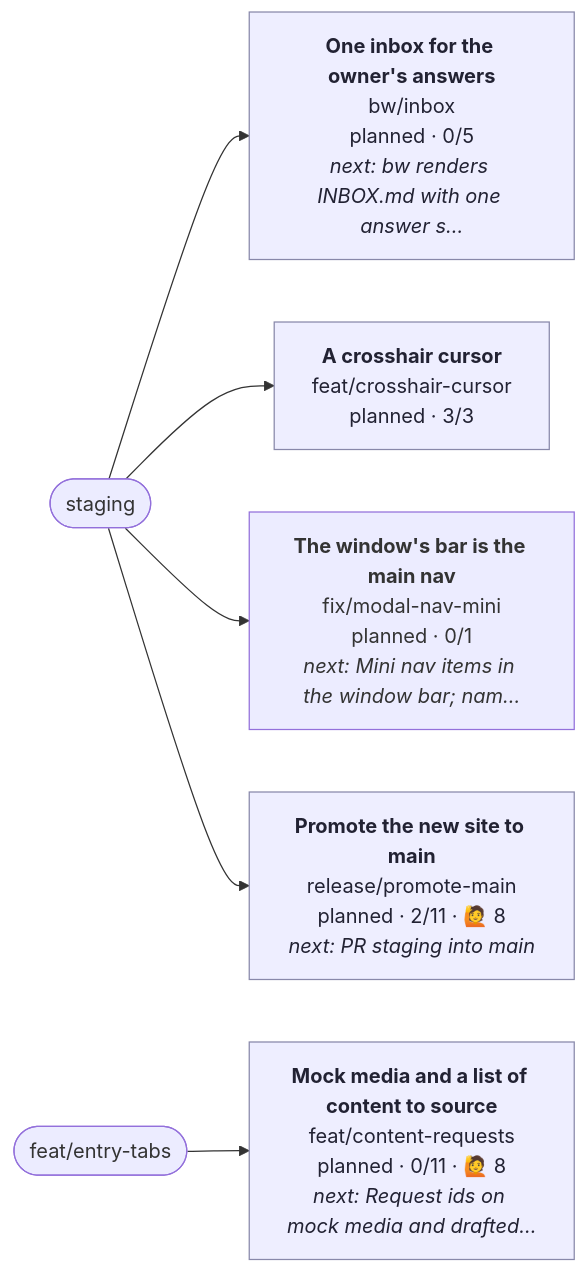
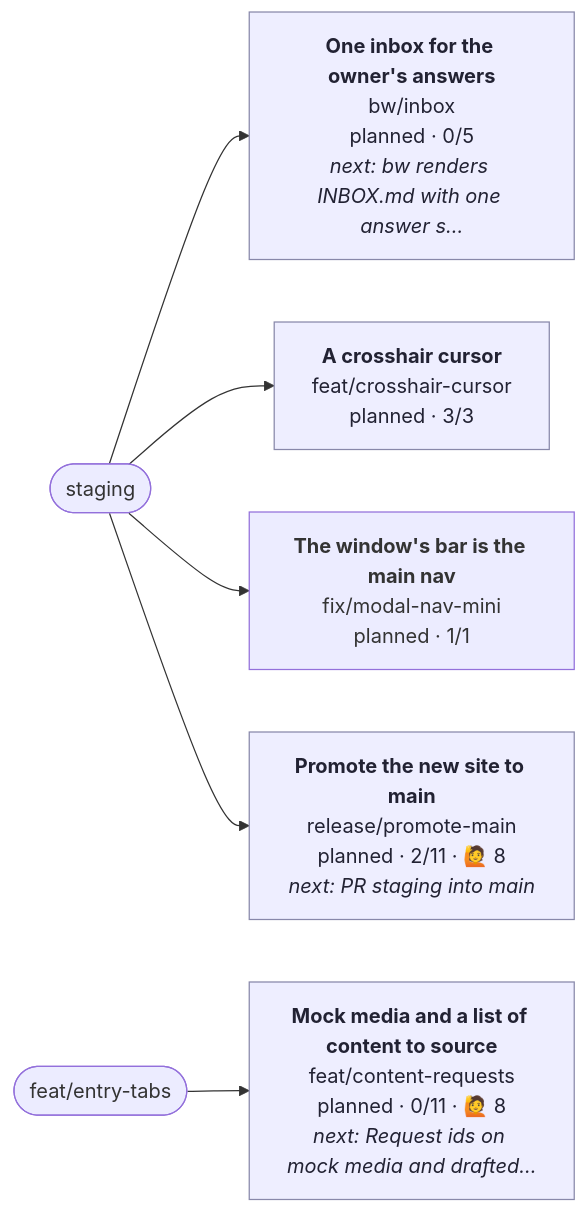
One commit to henryjonescodes/portfolio changed the diagram in CONTRIBUTING.md. Above: the diagram before and after it, drawn with Mermaid. The commit also changed other lines of this file, not shown here.

````diff
--- a/CONTRIBUTING.md
+++ b/CONTRIBUTING.md
@@ -17,25 +17,25 @@
 ```mermaid
 flowchart LR
   n_staging([staging])
   n_feat_entry_tabs([feat/entry-tabs])
   n_bw_inbox["<b>One inbox for the owner's answers</b><br/>bw/inbox<br/>planned · 0/5<br/><i>next: bw renders INBOX.md with one answer s…</i>"]
   class n_bw_inbox planned
   n_staging --> n_bw_inbox
   n_feat_content_requests["<b>Mock media and a list of content to source</b><br/>feat/content-requests<br/>planned · 0/11 · 🙋 8<br/><i>next: Request ids on mock media and drafted…</i>"]
   class n_feat_content_requests planned
   n_feat_entry_tabs --> n_feat_content_requests
   n_feat_crosshair_cursor["<b>A crosshair cursor</b><br/>feat/crosshair-cursor<br/>planned · 3/3"]
   class n_feat_crosshair_cursor planned
   n_staging --> n_feat_crosshair_cursor
-  n_fix_modal_nav_mini["<b>The window's bar is the main nav</b><br/>fix/modal-nav-mini<br/>planned · 0/1<br/><i>next: Mini nav items in the window bar; nam…</i>"]
+  n_fix_modal_nav_mini["<b>The window's bar is the main nav</b><br/>fix/modal-nav-mini<br/>planned · 1/1"]
   class n_fix_modal_nav_mini planned,current
   n_staging --> n_fix_modal_nav_mini
   n_release_promote_main["<b>Promote the new site to main</b><br/>release/promote-main<br/>planned · 2/11 · 🙋 8<br/><i>next: PR staging into main</i>"]
   class n_release_promote_main planned
   n_staging --> n_release_promote_main
   classDef planned fill:#eef,stroke:#88a,color:#223
   classDef active fill:#dfd,stroke:#3a3,stroke-width:3px,color:#132
   classDef blocked fill:#fdd,stroke:#c33,color:#311
   classDef review fill:#ffd,stroke:#cc3,color:#331
   classDef current stroke:#06c,stroke-width:4px
 ```
````
